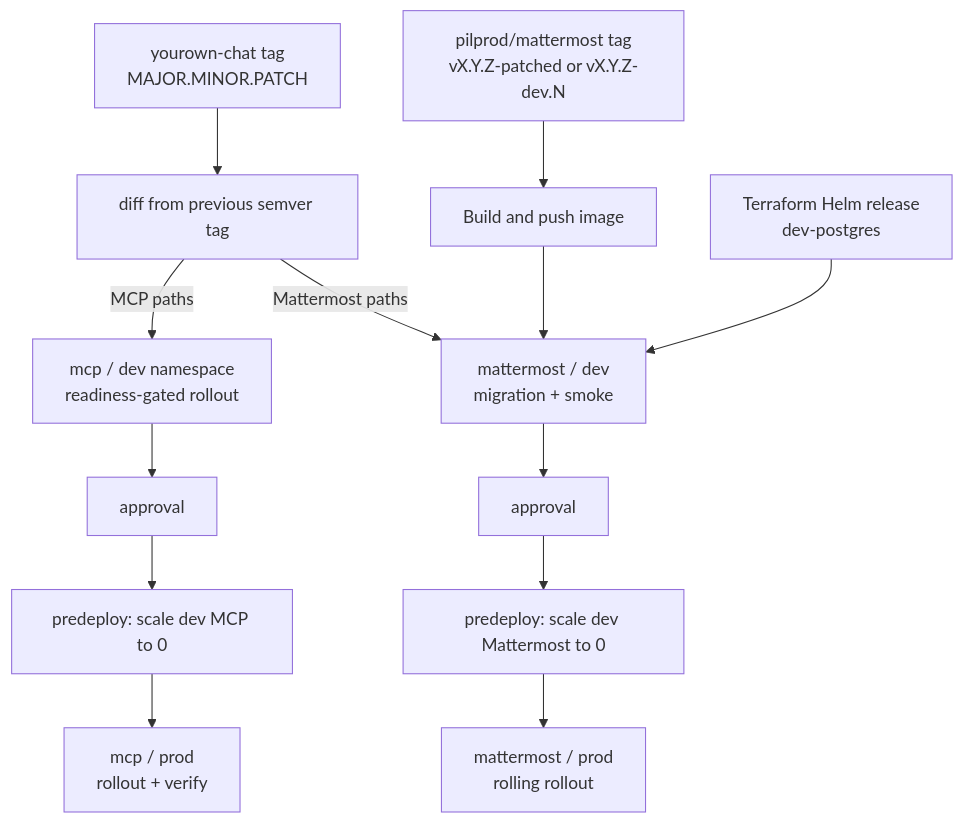
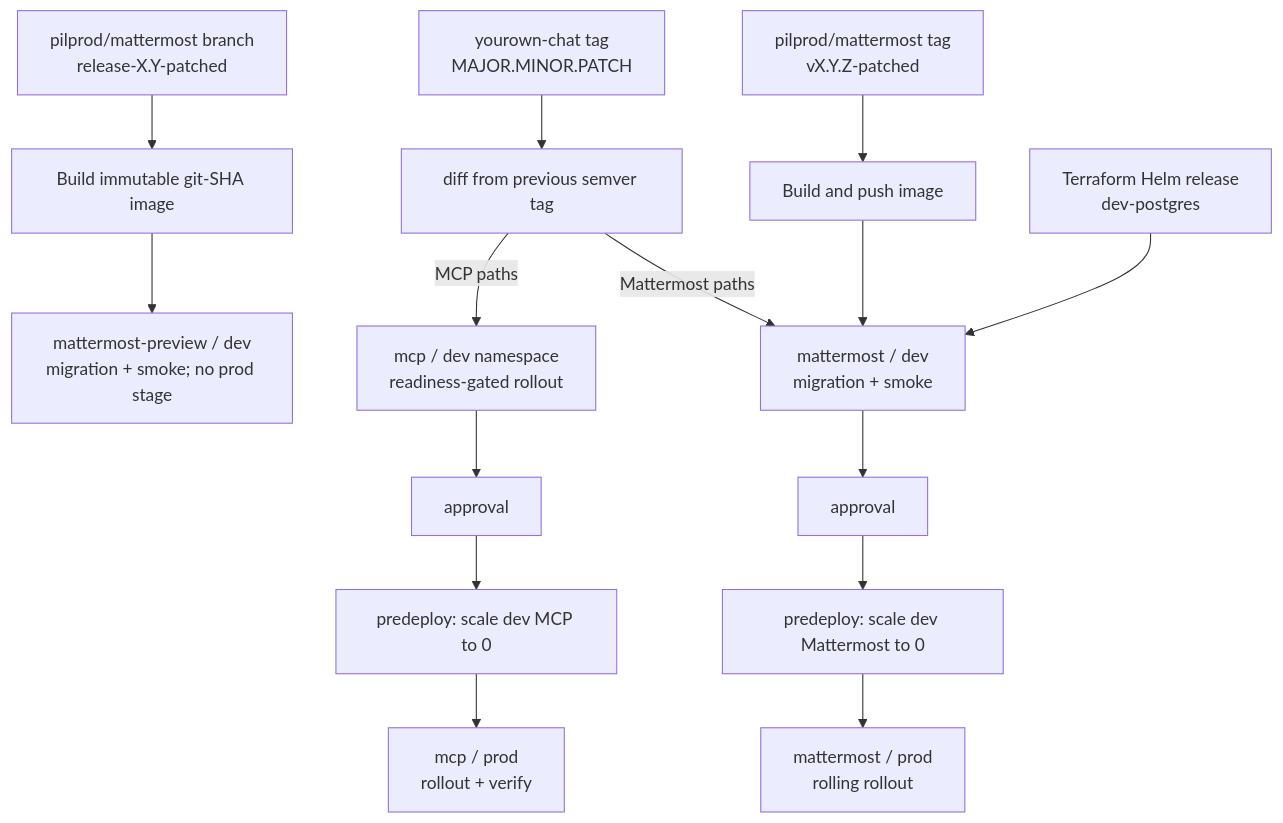
The diagram in docs/DEPLOY.md (pilprod/yourown-chat), drawn with Mermaid before and after one commit. The commit also changed other lines of this file and 12 other files, not shown here.

Commit message:
feat: add dev-only Mattermost release branches

````diff
--- a/docs/DEPLOY.md
+++ b/docs/DEPLOY.md
@@ -9,17 +9,20 @@
 ```mermaid
 flowchart TD
-  MT["pilprod/mattermost tag<br/>vX.Y.Z-patched or vX.Y.Z-dev.N"] --> BUILD["Build and push image"]
+  PREVIEW["pilprod/mattermost branch<br/>release-X.Y-patched"] --> PBUILD["Build immutable git-SHA image"]
+  PBUILD --> PDEV["mattermost-preview / dev<br/>migration + smoke; no prod stage"]
+
+  MT["pilprod/mattermost tag<br/>vX.Y.Z-patched"] --> BUILD["Build and push image"]
   BUILD --> MMTEST["mattermost / dev<br/>migration + smoke"]
   MMTEST --> MMAPPROVE["approval"]
   MMAPPROVE --> MMCLEAN["predeploy: scale dev Mattermost to 0"]
   MMCLEAN --> MMPROD["mattermost / prod<br/>rolling rollout"]
 
   PT["yourown-chat tag<br/>MAJOR.MINOR.PATCH"] --> DIFF["diff from previous semver tag"]
   DIFF -->|"Mattermost paths"| MMTEST
   DIFF -->|"MCP paths"| MCPDEV["mcp / dev namespace<br/>readiness-gated rollout"]
   MCPDEV --> MCPAPPROVE["approval"]
   MCPAPPROVE --> MCPCLEAN["predeploy: scale dev MCP to 0"]
   MCPCLEAN --> MCPPROD["mcp / prod<br/>rollout + verify"]
 
   PG["Terraform Helm release<br/>dev-postgres"] --> MMTEST
 ```
````
